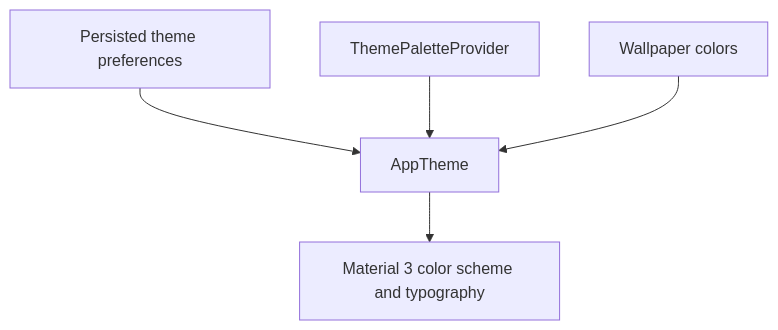
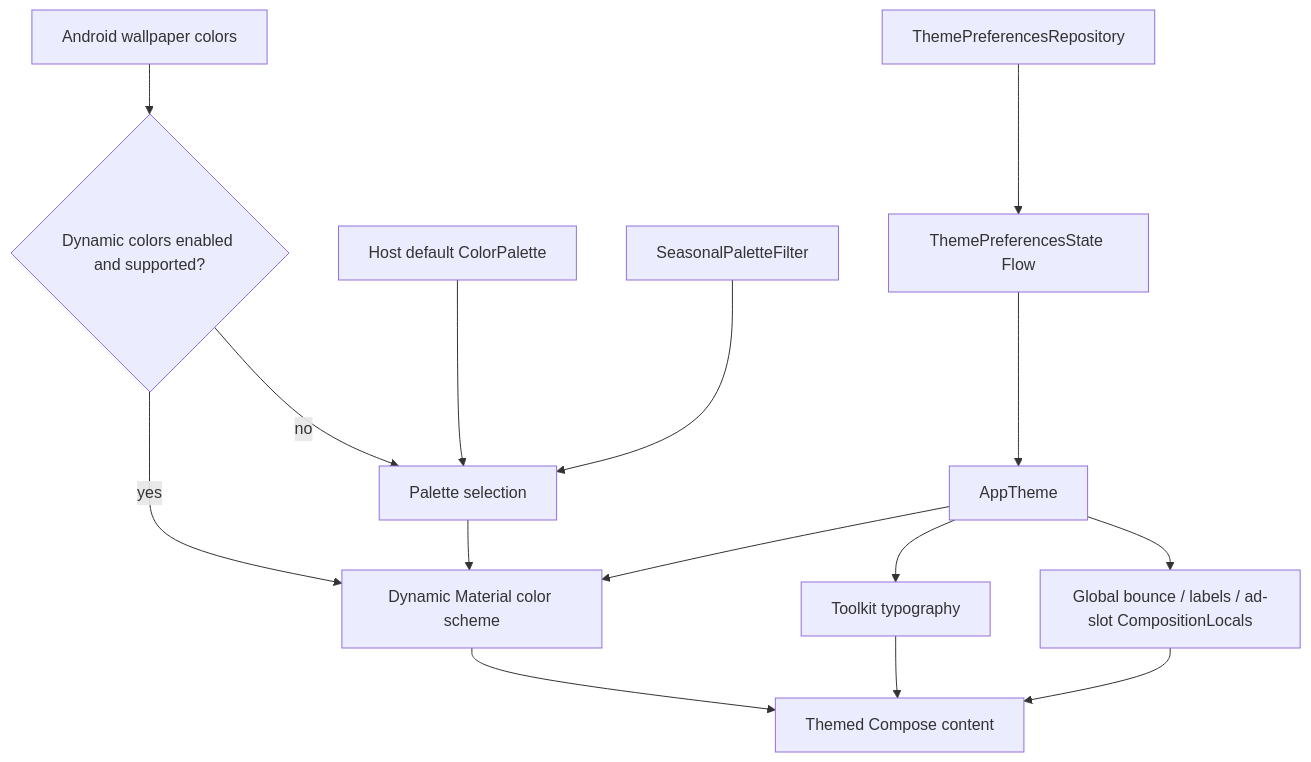
The diagram in library/core/designsystem/README.md (MihaiCristianCondrea/App-Toolkit-for-Android), drawn with Mermaid before and after one commit. The commit also changed other lines of this file and 57 other files, not shown here.

````diff
--- a/library/core/designsystem/README.md
+++ b/library/core/designsystem/README.md
@@ -35,7 +35,17 @@
 ```mermaid
 flowchart TD
-    Store[Persisted theme preferences] --> AppTheme[AppTheme]
-    Palette[ThemePaletteProvider] --> AppTheme
-    Dynamic[Wallpaper colors] --> AppTheme
-    AppTheme --> Material[Material 3 color scheme and typography]
+    Store[ThemePreferencesRepository] --> State[ThemePreferencesState Flow]
+    State --> Root[AppTheme]
+    Host[Host default ColorPalette] --> Palette[Palette selection]
+    Seasonal[SeasonalPaletteFilter] --> Palette
+    Wallpaper[Android wallpaper colors] --> Dynamic{Dynamic colors enabled and supported?}
+    Dynamic -->|yes| Scheme[Dynamic Material color scheme]
+    Dynamic -->|no| Palette
+    Palette --> Scheme
+    Root --> Scheme
+    Root --> Typography[Toolkit typography]
+    Root --> Locals[Global bounce / labels / ad-slot CompositionLocals]
+    Scheme --> Content[Themed Compose content]
+    Typography --> Content
+    Locals --> Content
 ```
````
